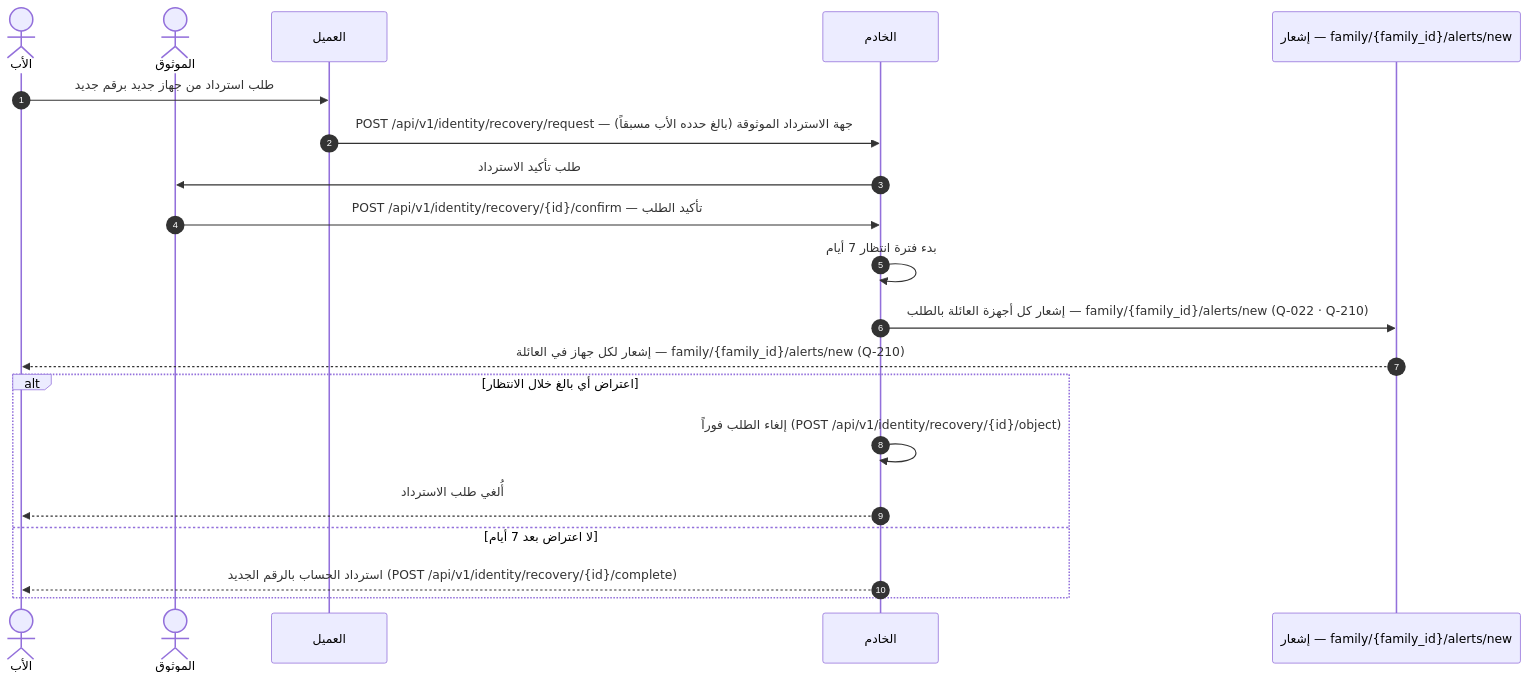
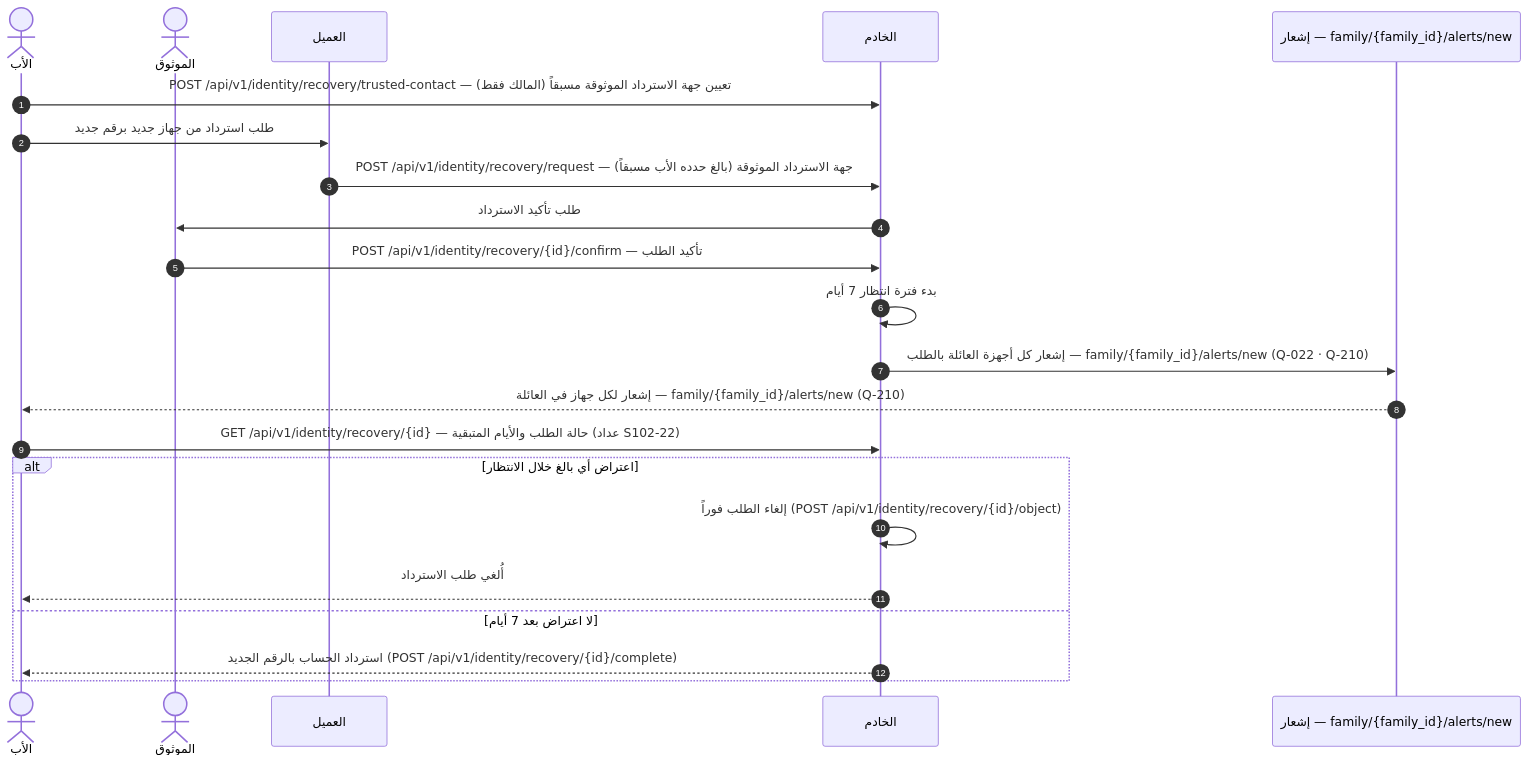
Before and after one commit to Bassam-mohammed-alqaeadi/family-os-v2: the eighth of 15 diagrams in docs/family-os/governance/phases/phase-1/S1-02-identity-and-onboarding/DIAGRAMS.md, drawn with Mermaid. The commit also changed other lines of this file, not shown here.

Commit message:
S1-02 DIAGRAMS: إصلاحات D-2 — §6 Q-291 (حذف «مفتاح غائب» + الإلغاء من البالغ نفسه)؛ تدفق رابط البريد 3-ب/§4/§5 (REQ-023)؛ حذف حافة Adult غير المعلنة؛ رسم trusted-contact + GET recovery في 3-و؛ تسلسل 3-ي للمهمة اليومية (Q-189/Q-235/Q-256)؛ ترويسة + تباعد 3-د

````diff
--- a/docs/family-os/governance/phases/phase-1/S1-02-identity-and-onboarding/DIAGRAMS.md
+++ b/docs/family-os/governance/phases/phase-1/S1-02-identity-and-onboarding/DIAGRAMS.md
@@ -416,22 +416,24 @@
 ```mermaid
 sequenceDiagram
     autonumber
     actor Father as الأب
     actor Trusted as الموثوق
     participant Client as العميل
     participant Ktor as الخادم
     participant MQTT as إشعار — family/{family_id}/alerts/new
+    Father->>Ktor: POST /api/v1/identity/recovery/trusted-contact — تعيين جهة الاسترداد الموثوقة مسبقاً (المالك فقط)
     Father->>Client: طلب استرداد من جهاز جديد برقم جديد
     Client->>Ktor: POST /api/v1/identity/recovery/request — جهة الاسترداد الموثوقة (بالغ حدده الأب مسبقاً)
     Ktor->>Trusted: طلب تأكيد الاسترداد
     Trusted->>Ktor: POST /api/v1/identity/recovery/{id}/confirm — تأكيد الطلب
     Ktor->>Ktor: بدء فترة انتظار 7 أيام
     Ktor->>MQTT: إشعار كل أجهزة العائلة بالطلب — family/{family_id}/alerts/new (Q-022 · Q-210)
     MQTT-->>Father: إشعار لكل جهاز في العائلة — family/{family_id}/alerts/new (Q-210)
+    Father->>Ktor: GET /api/v1/identity/recovery/{id} — حالة الطلب والأيام المتبقية (عداد S102-22)
     alt اعتراض أي بالغ خلال الانتظار
         Ktor->>Ktor: إلغاء الطلب فوراً (POST /api/v1/identity/recovery/{id}/object)
         Ktor-->>Father: أُلغي طلب الاسترداد
     else لا اعتراض بعد 7 أيام
         Ktor-->>Father: استرداد الحساب بالرقم الجديد (POST /api/v1/identity/recovery/{id}/complete)
     end
 ```
````
